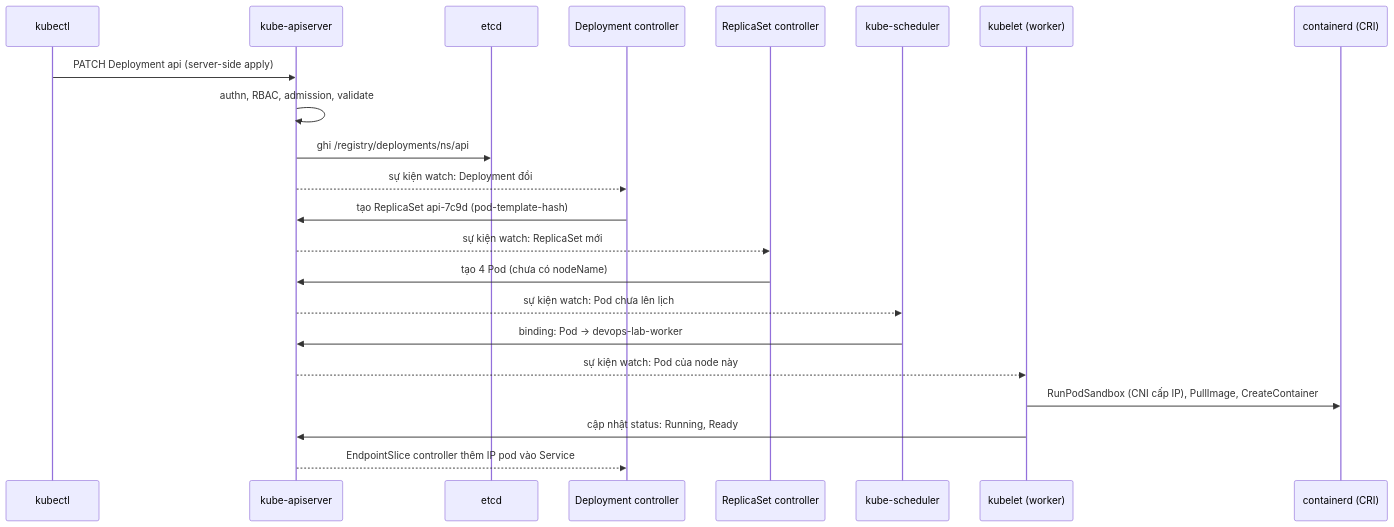
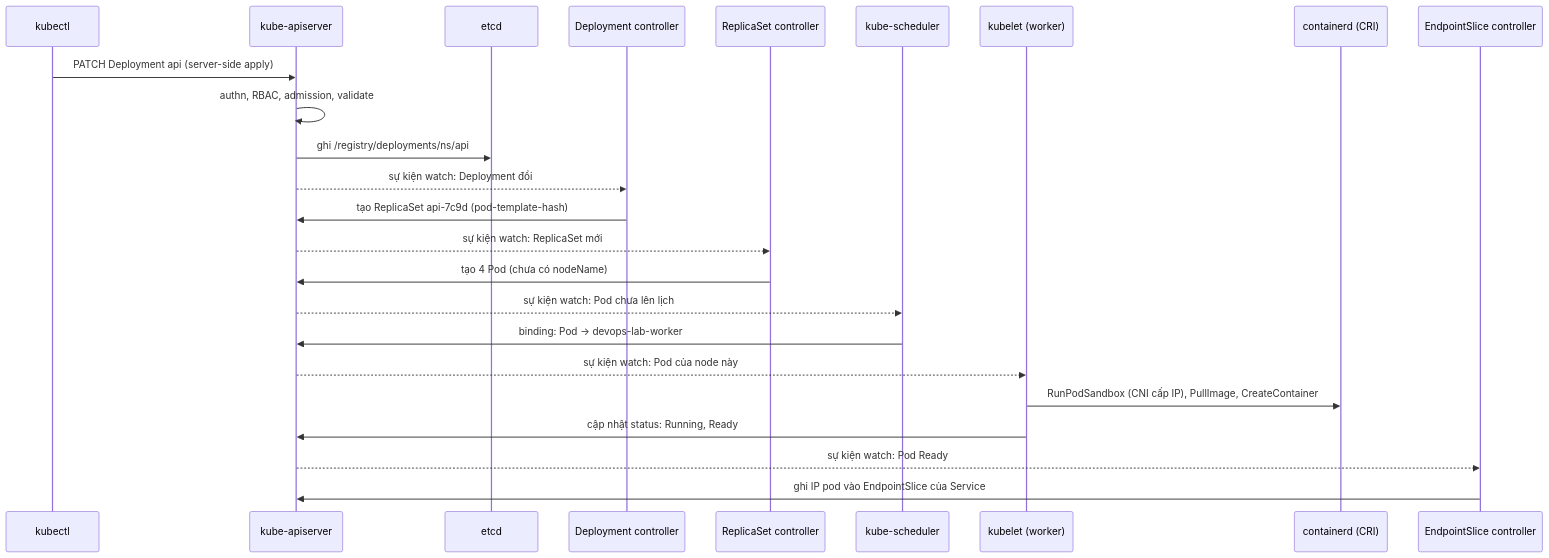
Before and after one commit to Buicongbang04/Learning_Platform: the first of 2 diagrams in tracks/devops/modules/10-kubernetes-core/README.md, drawn with Mermaid. The commit also changed other lines of this file and 19 other files, not shown here.

````diff
--- a/tracks/devops/modules/10-kubernetes-core/README.md
+++ b/tracks/devops/modules/10-kubernetes-core/README.md
@@ -241,24 +262,26 @@
 ```mermaid
 sequenceDiagram
     participant U as kubectl
     participant A as kube-apiserver
     participant E as etcd
     participant D as Deployment controller
     participant R as ReplicaSet controller
     participant S as kube-scheduler
     participant K as kubelet (worker)
     participant C as containerd (CRI)
+    participant P as EndpointSlice controller
     U->>A: PATCH Deployment api (server-side apply)
     A->>A: authn, RBAC, admission, validate
     A->>E: ghi /registry/deployments/ns/api
     A-->>D: sự kiện watch: Deployment đổi
     D->>A: tạo ReplicaSet api-7c9d (pod-template-hash)
     A-->>R: sự kiện watch: ReplicaSet mới
     R->>A: tạo 4 Pod (chưa có nodeName)
     A-->>S: sự kiện watch: Pod chưa lên lịch
     S->>A: binding: Pod -> devops-lab-worker
     A-->>K: sự kiện watch: Pod của node này
     K->>C: RunPodSandbox (CNI cấp IP), PullImage, CreateContainer
     K->>A: cập nhật status: Running, Ready
-    A-->>D: EndpointSlice controller thêm IP pod vào Service
+    A-->>P: sự kiện watch: Pod Ready
+    P->>A: ghi IP pod vào EndpointSlice của Service
 ```
````
